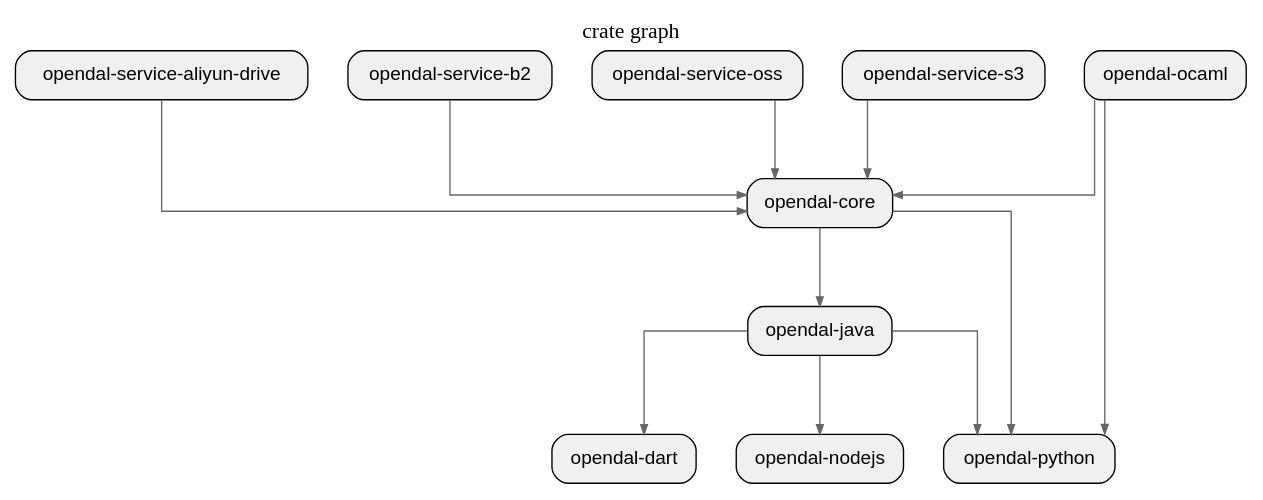
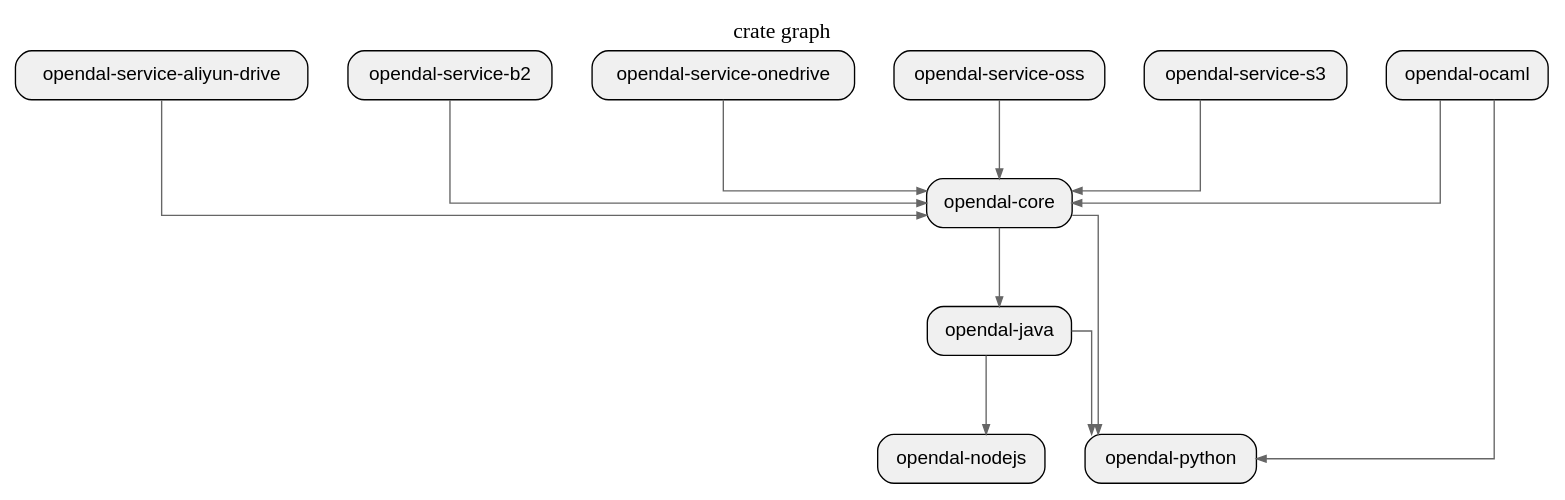
The diagram in sample/opendal-pagerank/depth_1_crate.dot (allenanswerzq/llmcc), drawn with Graphviz before and after one commit. The commit also changed 211 other files, not shown here.

```diff
--- a/sample/opendal-pagerank/depth_1_crate.dot
+++ b/sample/opendal-pagerank/depth_1_crate.dot
@@ -1,39 +1,39 @@
 digraph architecture {
   // Layout settings
   rankdir=TB;
   ranksep=0.8;
   nodesep=0.4;
   splines=ortho;
   concentrate=true;
 
   node [shape=box, style="rounded,filled", fillcolor="#f0f0f0", fontname="Helvetica"];
   edge [color="#666666", arrowsize=0.7];
 
   label="crate graph";
   labelloc=t;
   fontsize=16;
   fontname="Helvetica Bold";
 
   crate_opendal_core[label="opendal-core"];
-  crate_opendal_dart[label="opendal-dart"];
   crate_opendal_java[label="opendal-java"];
   crate_opendal_nodejs[label="opendal-nodejs"];
   crate_opendal_ocaml[label="opendal-ocaml"];
   crate_opendal_python[label="opendal-python"];
   crate_opendal_service_aliyun_drive[label="opendal-service-aliyun-drive"];
   crate_opendal_service_b2[label="opendal-service-b2"];
+  crate_opendal_service_onedrive[label="opendal-service-onedrive"];
   crate_opendal_service_oss[label="opendal-service-oss"];
   crate_opendal_service_s3[label="opendal-service-s3"];
 
   crate_opendal_core -> crate_opendal_java;
   crate_opendal_core -> crate_opendal_python;
-  crate_opendal_java -> crate_opendal_dart;
   crate_opendal_java -> crate_opendal_nodejs;
   crate_opendal_java -> crate_opendal_python;
   crate_opendal_ocaml -> crate_opendal_core;
   crate_opendal_ocaml -> crate_opendal_python;
   crate_opendal_service_aliyun_drive -> crate_opendal_core;
   crate_opendal_service_b2 -> crate_opendal_core;
+  crate_opendal_service_onedrive -> crate_opendal_core;
   crate_opendal_service_oss -> crate_opendal_core;
   crate_opendal_service_s3 -> crate_opendal_core;
 }
```
